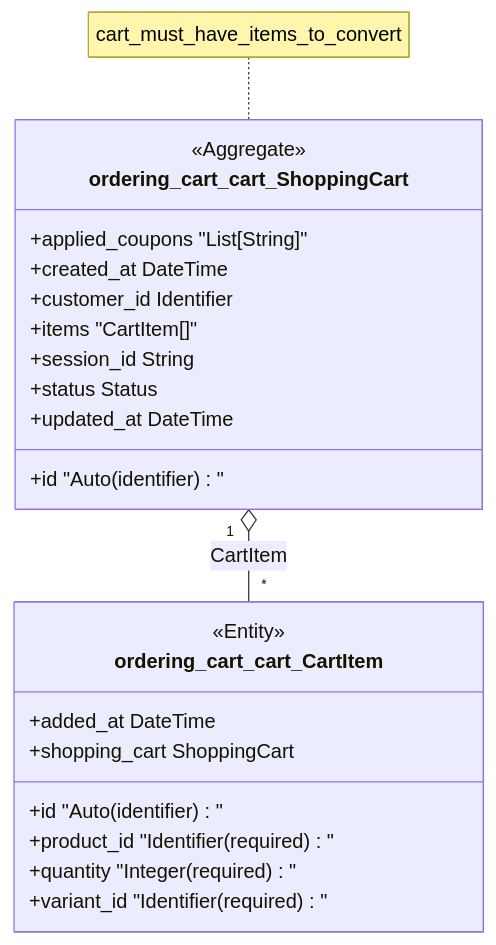
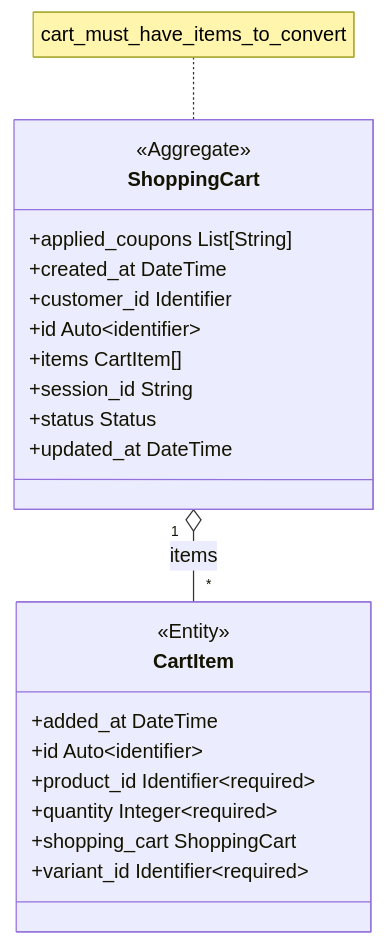
Before and after one commit to proteanhq/shopstream: the first of 2 diagrams in docs/ordering/clusters.md, drawn with Mermaid. The commit also changed other lines of this file and 24 other files, not shown here.

First line of the commit message:
Regenerate docs with improved Mermaid diagrams from upstream Protean fixes

````diff
--- a/docs/ordering/clusters.md
+++ b/docs/ordering/clusters.md
@@ -3,25 +3,25 @@
 ```mermaid
 classDiagram
-    class ordering_cart_cart_ShoppingCart {
+    class ordering_cart_cart_ShoppingCart["ShoppingCart"] {
         <<Aggregate>>
-        +applied_coupons "List[String]"
+        +applied_coupons List[String]
         +created_at DateTime
         +customer_id Identifier
-        +id "Auto (identifier)"
-        +items "CartItem[]"
+        +id Auto~identifier~
+        +items CartItem[]
         +session_id String
         +status Status
         +updated_at DateTime
     }
     note for ordering_cart_cart_ShoppingCart "cart_must_have_items_to_convert"
-    class ordering_cart_cart_CartItem {
+    class ordering_cart_cart_CartItem["CartItem"] {
         <<Entity>>
         +added_at DateTime
-        +id "Auto (identifier)"
-        +product_id "Identifier (required)"
-        +quantity "Integer (required)"
+        +id Auto~identifier~
+        +product_id Identifier~required~
+        +quantity Integer~required~
         +shopping_cart ShoppingCart
-        +variant_id "Identifier (required)"
+        +variant_id Identifier~required~
     }
-    ordering_cart_cart_ShoppingCart "1" o-- "*" ordering_cart_cart_CartItem : CartItem
+    ordering_cart_cart_ShoppingCart "1" o-- "*" ordering_cart_cart_CartItem : items
 ```
````
